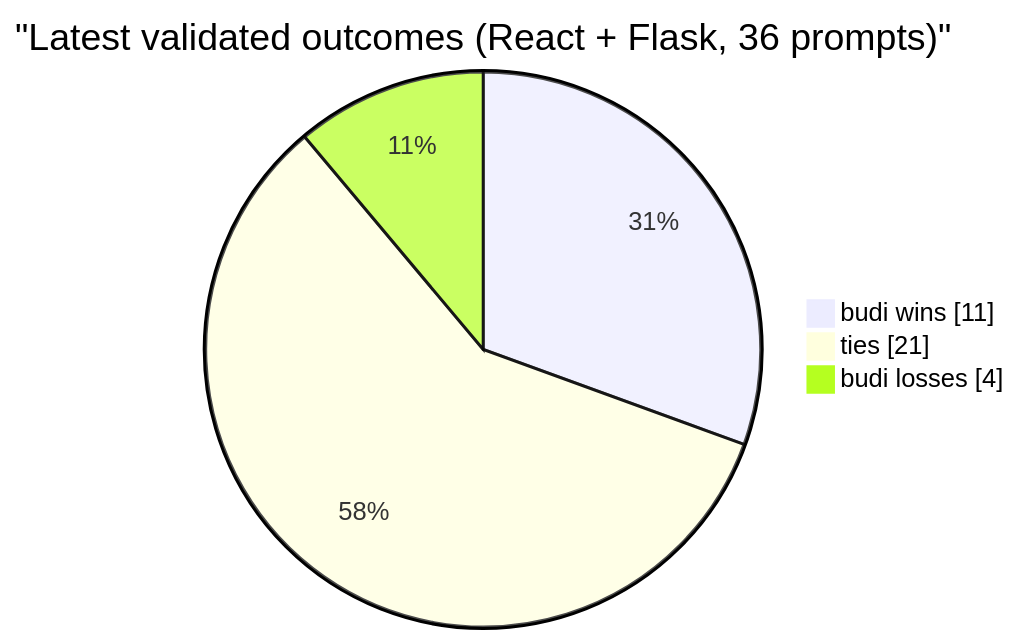
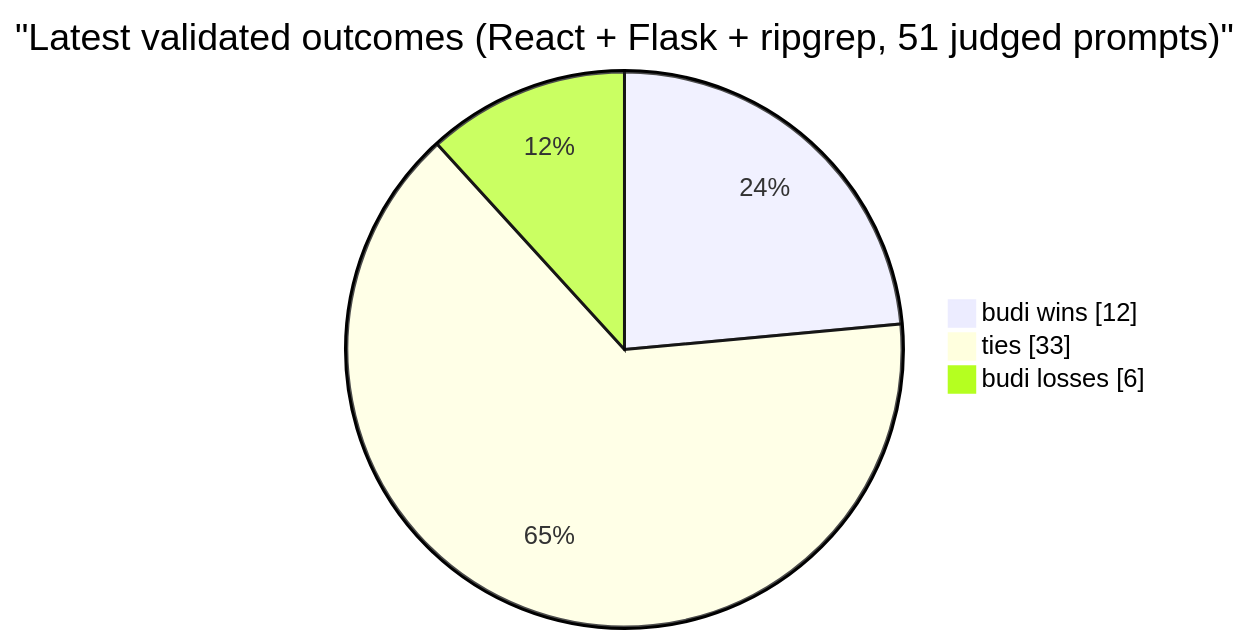
One commit to siropkin/budi changed the second of 2 diagrams in README.md. Above: the diagram before and after it, drawn with Mermaid. The commit also changed other lines of this file and 1 other file, not shown here.

Commit message:
Update README and benchmark docs with ripgrep v2.49.0 revalidation results.
Ripgrep full A/B: 1W/2L/12T (15 judged). Cost -16%, Speed -4.8s.
Baseline Claude scores 9 on 12/15 prompts — well-known codebase pattern
confirmed. Pie chart now includes all 3 validated repos (51 judged prompts).

````diff
--- a/README.md
+++ b/README.md
@@ -44,7 +44,7 @@
 ```mermaid
 pie showData
-    title "Latest validated outcomes (React + Flask, 36 prompts)"
-    "budi wins" : 11
-    "ties" : 21
-    "budi losses" : 4
+    title "Latest validated outcomes (React + Flask + ripgrep, 51 judged prompts)"
+    "budi wins" : 12
+    "ties" : 33
+    "budi losses" : 6
 ```
````
